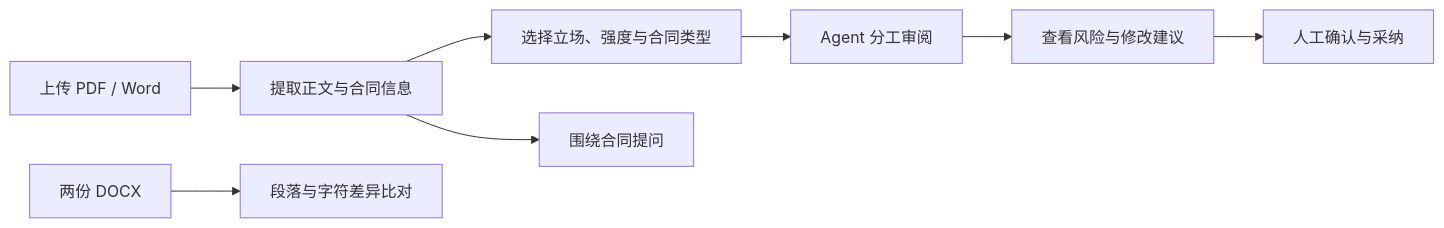
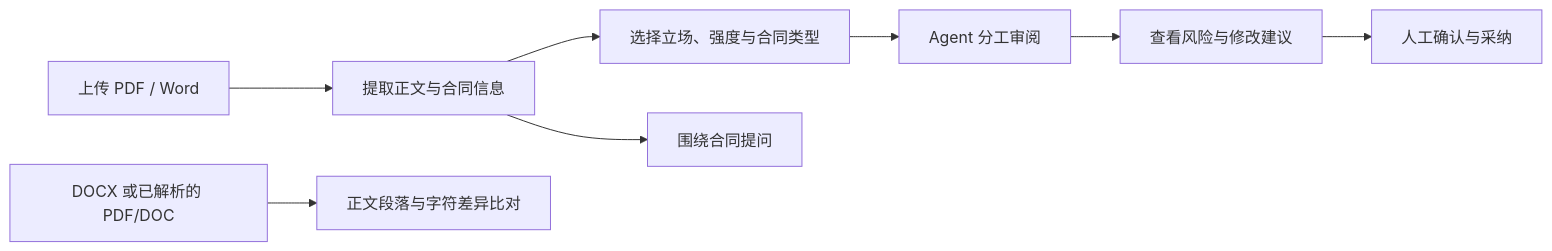
One commit to yskkkk3/Contract_Review changed the first of 3 diagrams in README.md. Above: the diagram before and after it, drawn with Mermaid. The commit also changed other lines of this file and 93 other files, not shown here.

````diff
--- a/README.md
+++ b/README.md
@@ -30,10 +30,10 @@
 ```mermaid
 flowchart LR
     A["上传 PDF / Word"] --> B["提取正文与合同信息"]
     B --> C["选择立场、强度与合同类型"]
     C --> D["Agent 分工审阅"]
     D --> E["查看风险与修改建议"]
     E --> F["人工确认与采纳"]
     B --> G["围绕合同提问"]
-    H["两份 DOCX"] --> I["段落与字符差异比对"]
+    H["DOCX 或已解析的 PDF/DOC"] --> I["正文段落与字符差异比对"]
 ```
````
